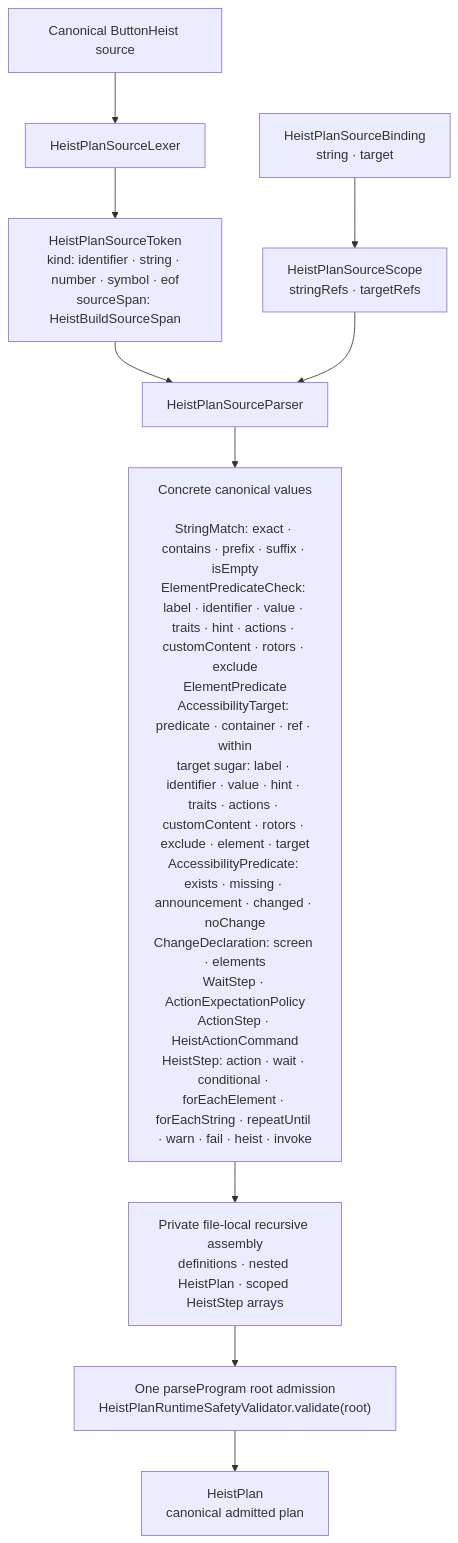
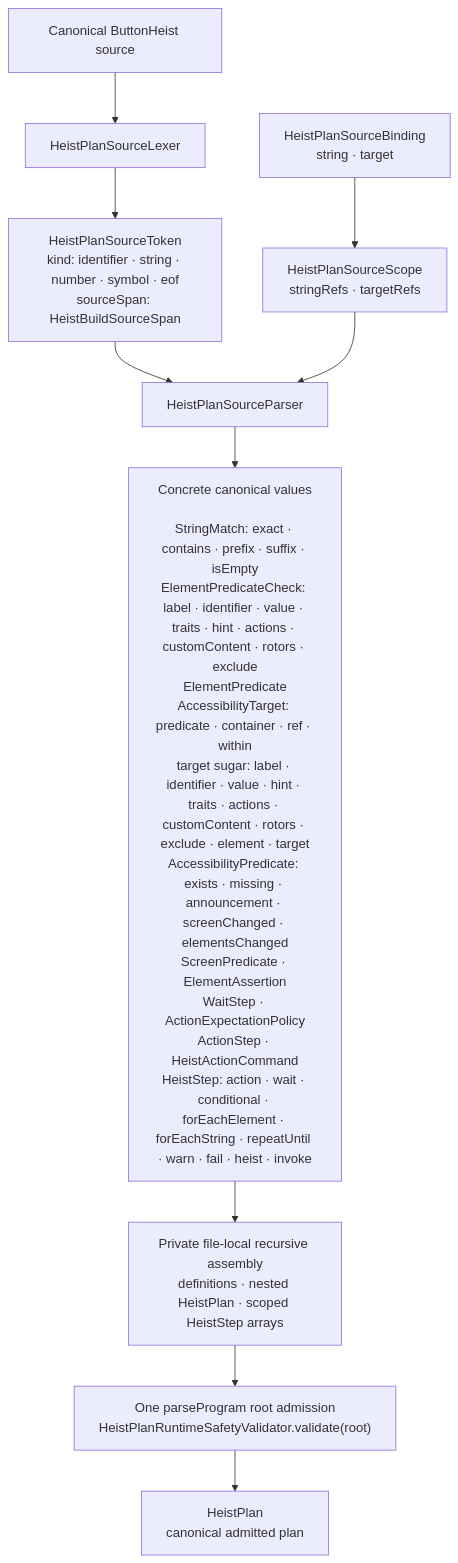
Before and after one commit to RoyalPineapple/TheButtonHeist: the diagram in docs/diagrams/dsl-grammar.md, drawn with Mermaid. The commit also changed other lines of this file and 516 other files, not shown here.

````diff
--- a/docs/diagrams/dsl-grammar.md
+++ b/docs/diagrams/dsl-grammar.md
@@ -11,17 +11,17 @@
 ```mermaid
 flowchart TD
     SOURCE["Canonical ButtonHeist source"]
     LEXER["HeistPlanSourceLexer"]
     TOKEN["HeistPlanSourceToken<br/>kind: identifier · string · number · symbol · eof<br/>sourceSpan: HeistBuildSourceSpan"]
     BINDING["HeistPlanSourceBinding<br/>string · target"]
     SCOPE["HeistPlanSourceScope<br/>stringRefs · targetRefs"]
     PARSER["HeistPlanSourceParser"]
-    VALUES["Concrete canonical values<br/><br/>StringMatch: exact · contains · prefix · suffix · isEmpty<br/>ElementPredicateCheck: label · identifier · value · traits · hint · actions · customContent · rotors · exclude<br/>ElementPredicate<br/>AccessibilityTarget: predicate · container · ref · within<br/>target sugar: label · identifier · value · hint · traits · actions · customContent · rotors · exclude · element · target<br/>AccessibilityPredicate: exists · missing · announcement · changed · noChange<br/>ChangeDeclaration: screen · elements<br/>WaitStep · ActionExpectationPolicy<br/>ActionStep · HeistActionCommand<br/>HeistStep: action · wait · conditional · forEachElement · forEachString · repeatUntil · warn · fail · heist · invoke"]
+    VALUES["Concrete canonical values<br/><br/>StringMatch: exact · contains · prefix · suffix · isEmpty<br/>ElementPredicateCheck: label · identifier · value · traits · hint · actions · customContent · rotors · exclude<br/>ElementPredicate<br/>AccessibilityTarget: predicate · container · ref · within<br/>target sugar: label · identifier · value · hint · traits · actions · customContent · rotors · exclude · element · target<br/>AccessibilityPredicate: exists · missing · announcement · screenChanged · elementsChanged<br/>ScreenPredicate · ElementAssertion<br/>WaitStep · ActionExpectationPolicy<br/>ActionStep · HeistActionCommand<br/>HeistStep: action · wait · conditional · forEachElement · forEachString · repeatUntil · warn · fail · heist · invoke"]
     ASSEMBLY["Private file-local recursive assembly<br/>definitions · nested HeistPlan · scoped HeistStep arrays"]
     ADMISSION["One parseProgram root admission<br/>HeistPlanRuntimeSafetyValidator.validate(root)"]
     PLAN["HeistPlan<br/>canonical admitted plan"]
 
     SOURCE --> LEXER --> TOKEN --> PARSER
     BINDING --> SCOPE --> PARSER
     PARSER --> VALUES --> ASSEMBLY --> ADMISSION --> PLAN
 ```
````
